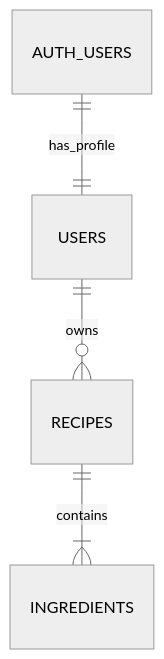
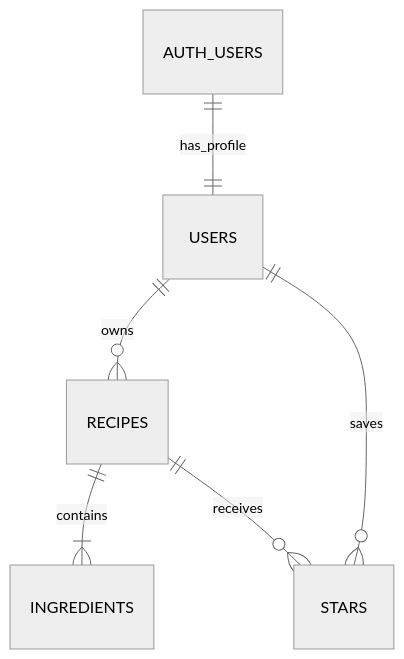
One commit to sachisbajaj/EasyRecipesCookbook changed the diagram in schema.md. Above: the diagram before and after it, drawn with Mermaid (neutral theme). The commit also changed other lines of this file and 9 other files, not shown here.

````diff
--- a/schema.md
+++ b/schema.md
@@ -7,6 +7,8 @@
 ```mermaid
 erDiagram
     AUTH_USERS ||--|| USERS : has_profile
     USERS ||--o{ RECIPES : owns
     RECIPES ||--|{ INGREDIENTS : contains
+    USERS ||--o{ STARS : saves
+    RECIPES ||--o{ STARS : receives
 ```
````
